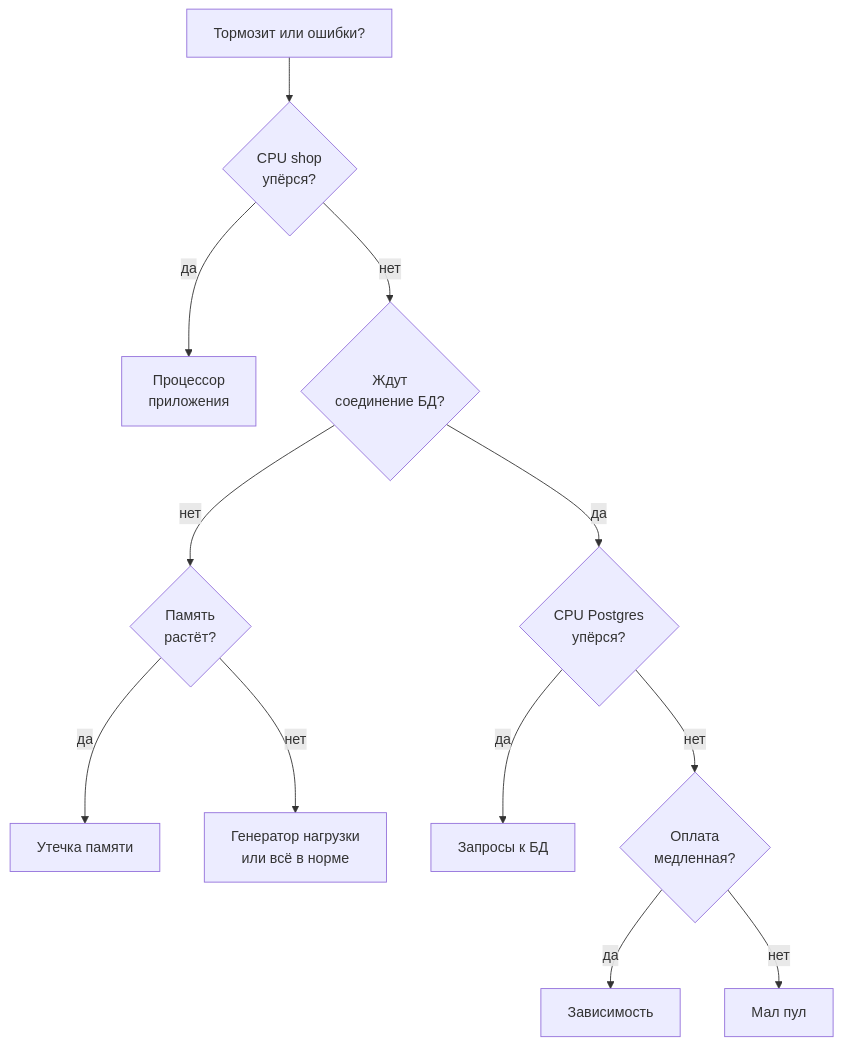
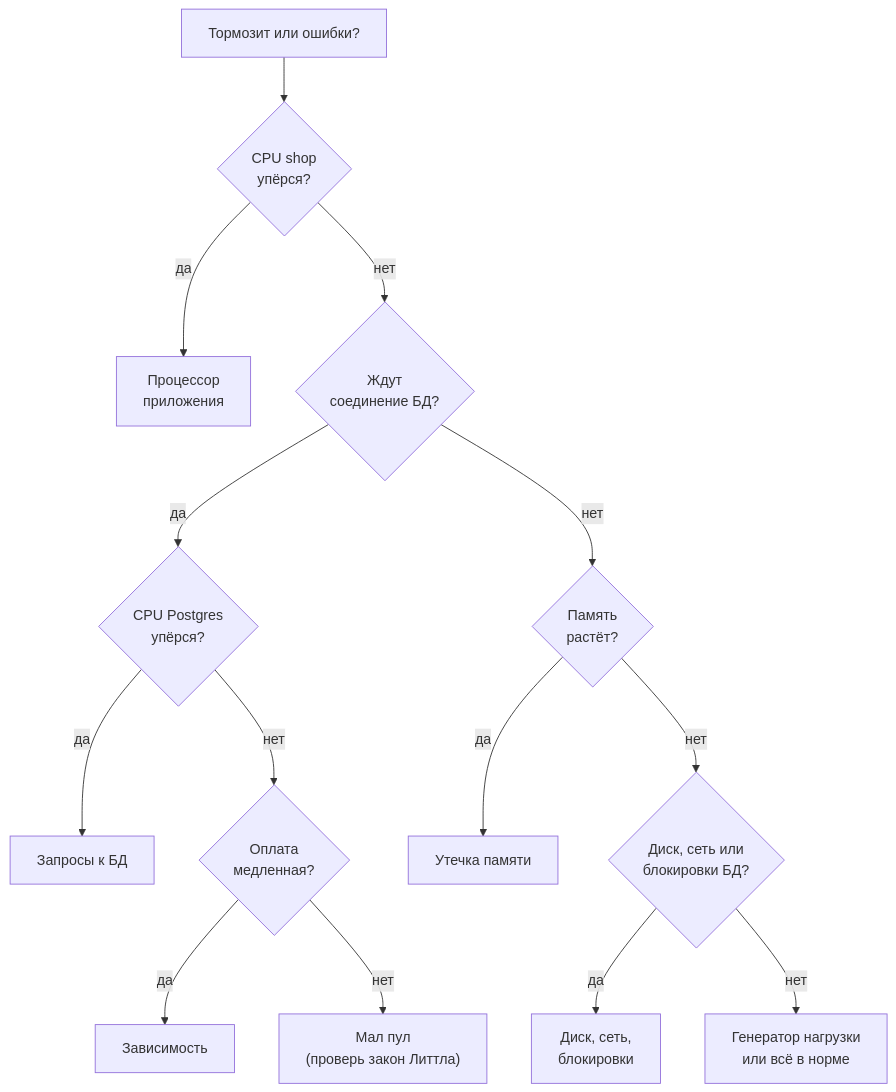
One commit to distinguished-sre/learning changed the second of 2 diagrams in load-tester/11-bottlenecks/01-method.md. Above: the diagram before and after it, drawn with Mermaid. The commit also changed other lines of this file and 462 other files, not shown here.

````diff
--- a/load-tester/11-bottlenecks/01-method.md
+++ b/load-tester/11-bottlenecks/01-method.md
@@ -210,14 +219,16 @@
 ```mermaid
 flowchart TD
     S["Тормозит или ошибки?"] --> Q1{"CPU shop<br>упёрся?"}
     Q1 -->|"да"| L1["Процессор<br>приложения"]
     Q1 -->|"нет"| Q2{"Ждут<br>соединение БД?"}
     Q2 -->|"да"| Q3{"CPU Postgres<br>упёрся?"}
     Q2 -->|"нет"| Q5{"Память<br>растёт?"}
     Q5 -->|"да"| L6["Утечка памяти"]
-    Q5 -->|"нет"| L7["Генератор нагрузки<br>или всё в норме"]
+    Q5 -->|"нет"| Q6{"Диск, сеть или<br>блокировки БД?"}
+    Q6 -->|"да"| L8["Диск, сеть,<br>блокировки"]
+    Q6 -->|"нет"| L7["Генератор нагрузки<br>или всё в норме"]
     Q3 -->|"да"| L3["Запросы к БД"]
     Q3 -->|"нет"| Q4{"Оплата<br>медленная?"}
     Q4 -->|"да"| L4["Зависимость"]
-    Q4 -->|"нет"| L5["Мал пул"]
+    Q4 -->|"нет"| L5["Мал пул<br>(проверь закон Литтла)"]
 ```
````
